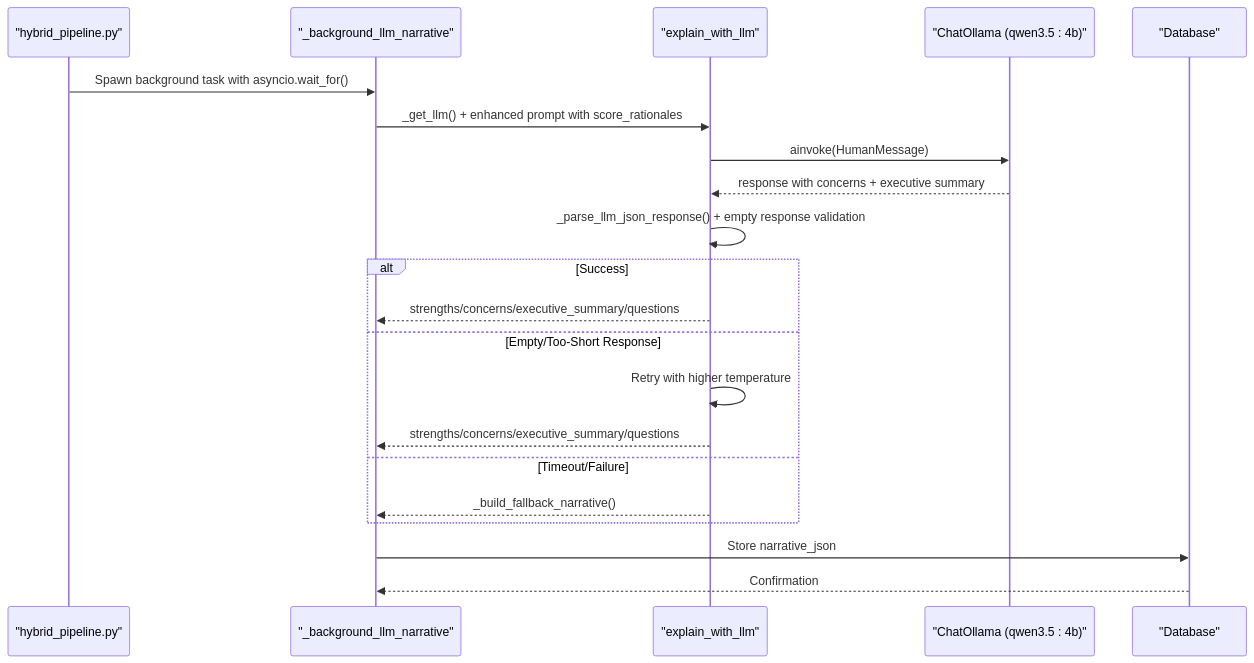
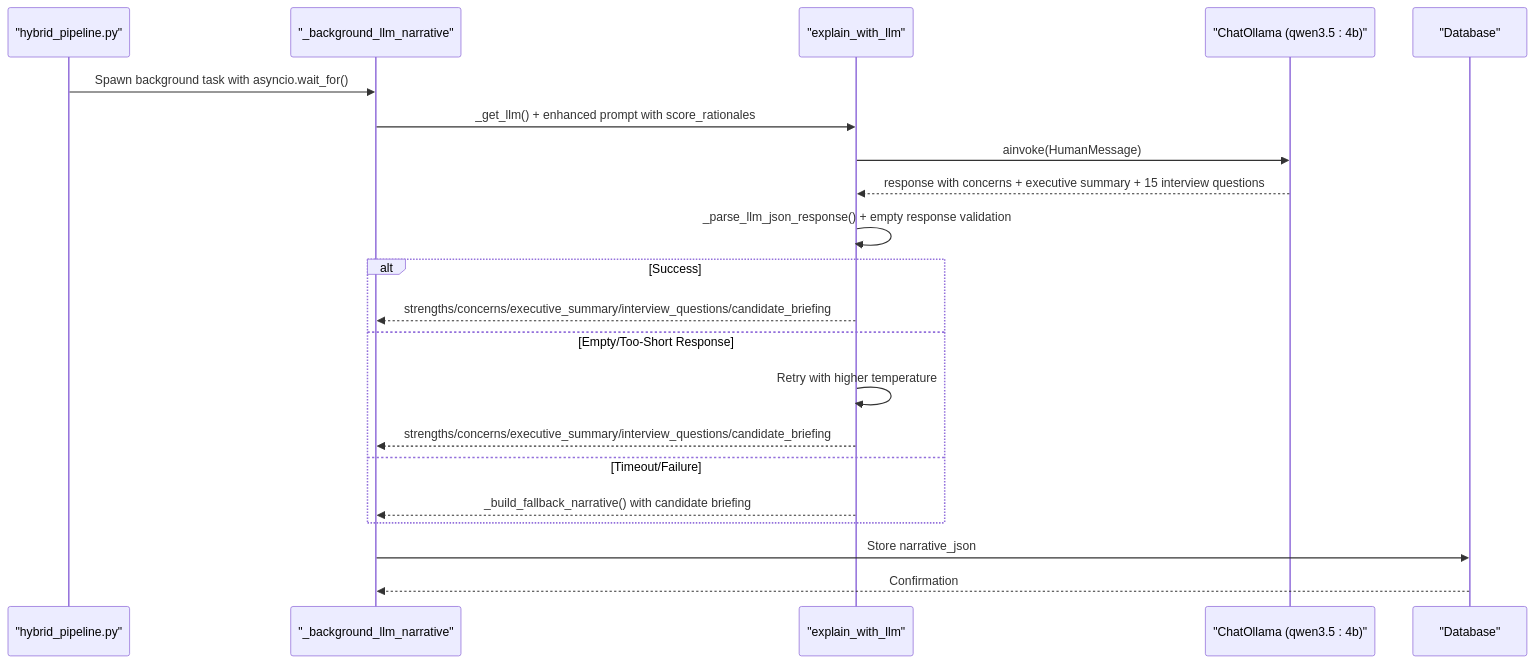
The seventh of 13 diagrams in .qoder/repowiki/en/content/Analysis Engine/Hybrid Pipeline Architecture.md (Revanththetalogics/aireume), drawn with Mermaid before and after one commit. The commit also changed other lines of this file and 41 other files, not shown here.

````diff
--- a/.qoder/repowiki/en/content/Analysis Engine/Hybrid Pipeline Architecture.md
+++ b/.qoder/repowiki/en/content/Analysis Engine/Hybrid Pipeline Architecture.md
@@ -385,23 +411,23 @@
 ```mermaid
 sequenceDiagram
 participant Hybrid as "hybrid_pipeline.py"
 participant BGTask as "_background_llm_narrative"
 participant LLM as "explain_with_llm"
 participant Model as "ChatOllama (qwen3.5 : 4b)"
 participant DB as "Database"
 Hybrid->>BGTask : Spawn background task with asyncio.wait_for()
 BGTask->>LLM : _get_llm() + enhanced prompt with score_rationales
 LLM->>Model : ainvoke(HumanMessage)
-Model-->>LLM : response with concerns + executive summary
+Model-->>LLM : response with concerns + executive summary + 15 interview questions
 LLM->>LLM : _parse_llm_json_response() + empty response validation
 alt Success
-LLM-->>BGTask : strengths/concerns/executive_summary/questions
+LLM-->>BGTask : strengths/concerns/executive_summary/interview_questions/candidate_briefing
 else Empty/Too-Short Response
 LLM->>LLM : Retry with higher temperature
-LLM-->>BGTask : strengths/concerns/executive_summary/questions
+LLM-->>BGTask : strengths/concerns/executive_summary/interview_questions/candidate_briefing
 else Timeout/Failure
-LLM-->>BGTask : _build_fallback_narrative()
+LLM-->>BGTask : _build_fallback_narrative() with candidate briefing
 end
 BGTask->>DB : Store narrative_json
 DB-->>BGTask : Confirmation
 ```
````
